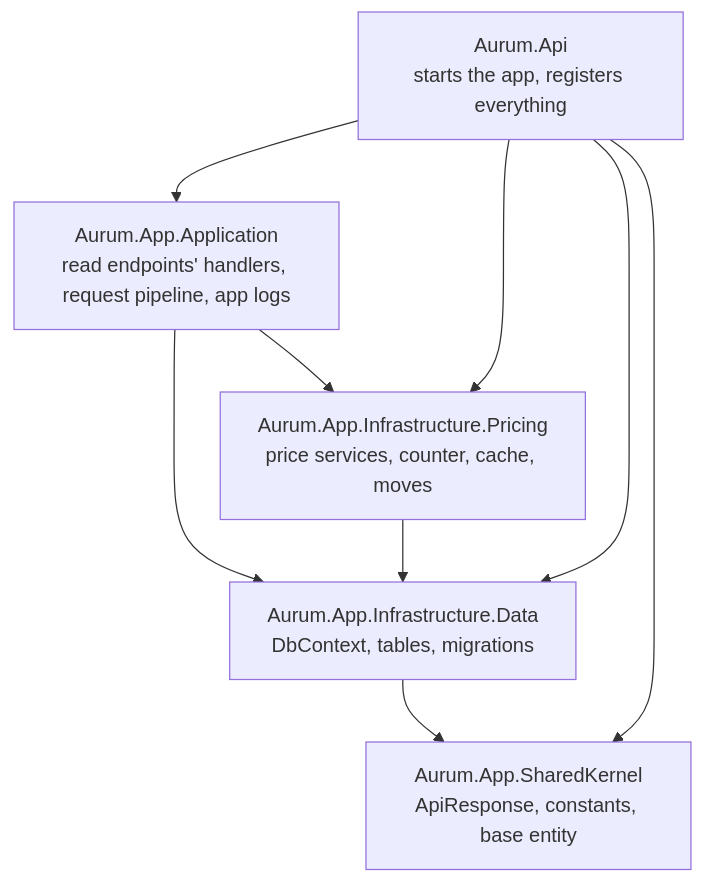
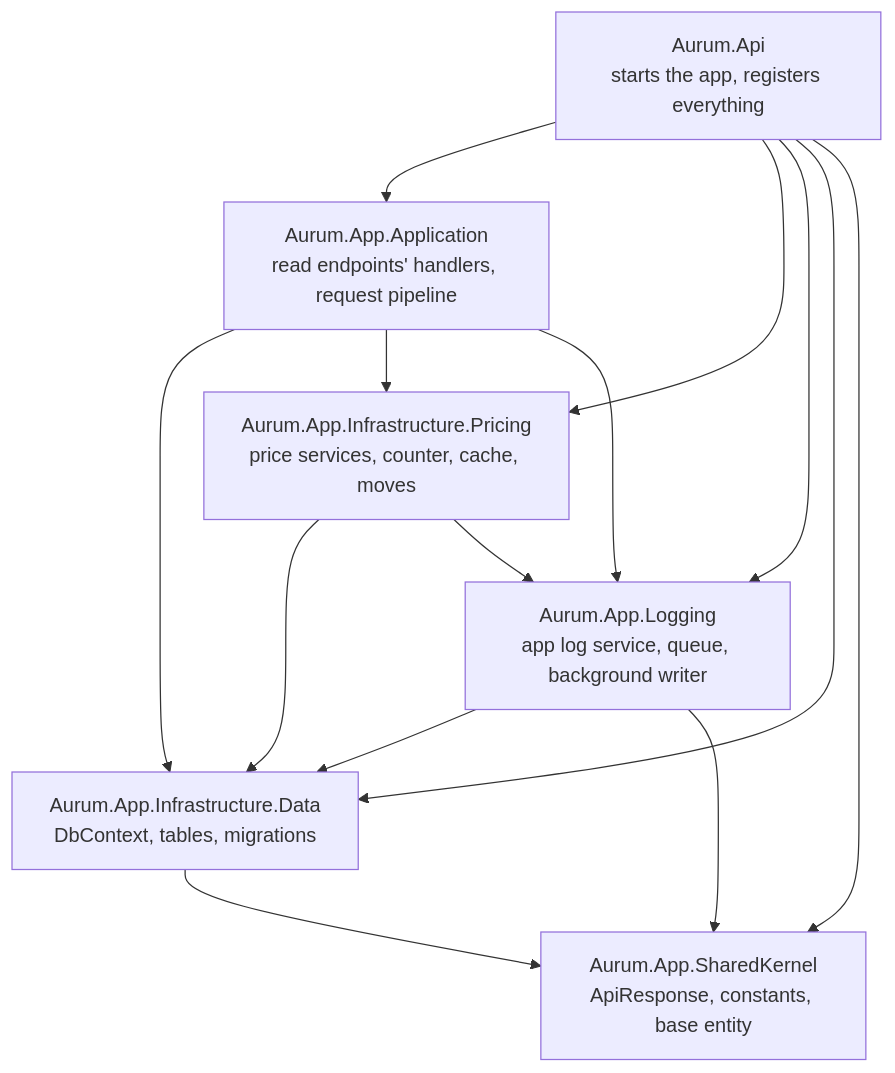
The second of 4 diagrams in docs/code-overview.md (avolel/aurum), drawn with Mermaid before and after one commit. The commit also changed other lines of this file and 6 other files, not shown here.

First line of the commit message:
Document Aurum.App.Logging and add D-24

````diff
--- a/docs/code-overview.md
+++ b/docs/code-overview.md
@@ -173,17 +174,23 @@
 ```mermaid
 flowchart TD
     Api[Aurum.Api<br/>starts the app, registers everything]
-    App[Aurum.App.Application<br/>read endpoints' handlers, request pipeline, app logs]
+    App[Aurum.App.Application<br/>read endpoints' handlers, request pipeline]
     Pricing[Aurum.App.Infrastructure.Pricing<br/>price services, counter, cache, moves]
+    Log[Aurum.App.Logging<br/>app log service, queue, background writer]
     Data[Aurum.App.Infrastructure.Data<br/>DbContext, tables, migrations]
     Kernel[Aurum.App.SharedKernel<br/>ApiResponse, constants, base entity]
 
     Api --> App
     Api --> Pricing
+    Api --> Log
     Api --> Data
     Api --> Kernel
     App --> Data
     App --> Pricing
+    App --> Log
     Pricing --> Data
+    Pricing --> Log
+    Log --> Data
+    Log --> Kernel
     Data --> Kernel
 ```
````
